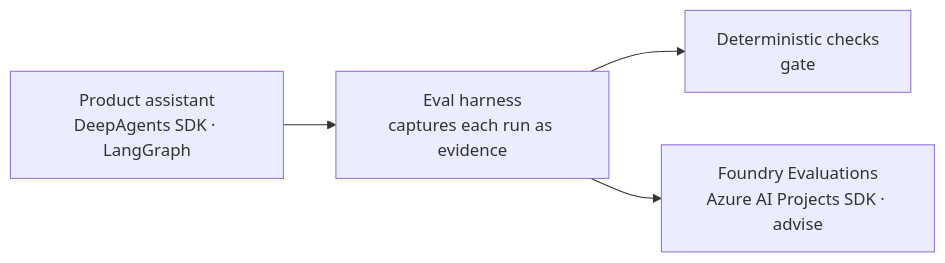
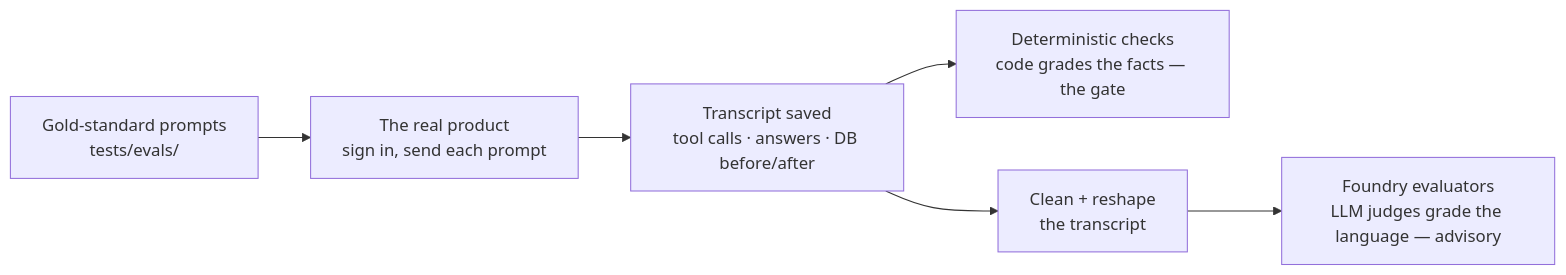
One commit to DanGiannone1/csa-workbench changed the diagram in testing/agent-evals.md. Above: the diagram before and after it, drawn with Mermaid. The commit also changed other lines of this file and 1 other file, not shown here.

First line of the commit message:
Say it plainly in the eval docs: one suite, one flow diagram, cited claims

````diff
--- a/testing/agent-evals.md
+++ b/testing/agent-evals.md
@@ -84,6 +15,8 @@
 ```mermaid
 flowchart LR
-    A["Product assistant<br/>DeepAgents SDK · LangGraph"] --> B["Eval harness<br/>captures each run as evidence"]
-    B --> C["Deterministic checks<br/>gate"]
-    B --> D["Foundry Evaluations<br/>Azure AI Projects SDK · advise"]
+    A["Gold-standard prompts<br/>tests/evals/"] --> B["The real product<br/>sign in, send each prompt"]
+    B --> C["Transcript saved<br/>tool calls · answers · DB before/after"]
+    C --> D["Deterministic checks<br/>code grades the facts — the gate"]
+    C --> E["Clean + reshape<br/>the transcript"]
+    E --> F["Foundry evaluators<br/>LLM judges grade the language — advisory"]
 ```
````
